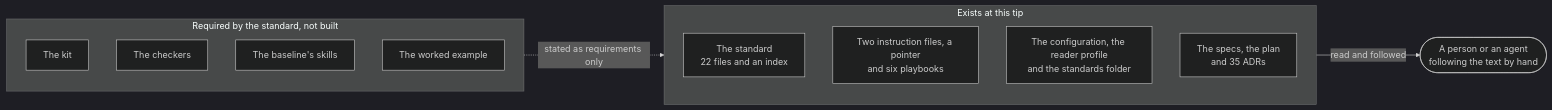
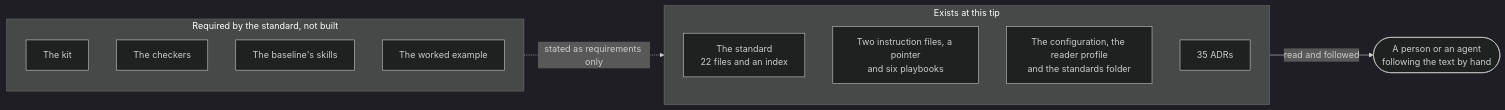
Before and after one commit to chandanbsd/baseline-framework: the first of 4 diagrams in docs/architecture/01-overview.md, drawn with Mermaid (dark theme). The commit also changed other lines of this file and 64 other files, not shown here.

````diff
--- a/docs/architecture/01-overview.md
+++ b/docs/architecture/01-overview.md
@@ -24,20 +24,20 @@
 ```mermaid
 flowchart LR
     subgraph EX["Exists at this tip"]
         direction TB
         ST["The standard<br/>22 files and an index"]
         PB["Two instruction files, a pointer<br/>and six playbooks"]
         CF["The configuration, the reader profile<br/>and the standards folder"]
-        TH["The specs, the plan<br/>and 35 ADRs"]
+        TH["35 ADRs"]
     end
     subgraph RQ["Required by the standard, not built"]
         direction TB
         KT["The kit"]
         CK["The checkers"]
         SK["The baseline's skills"]
         WE["The worked example"]
     end
     P(["A person or an agent<br/>following the text by hand"])
     EX -->|"read and followed"| P
     RQ -. "stated as requirements only" .-> EX
 ```
````
